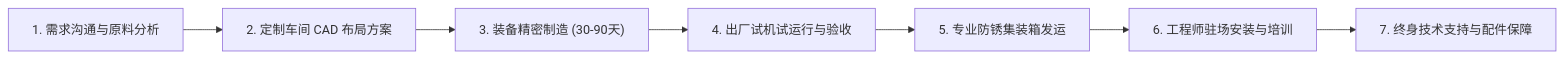
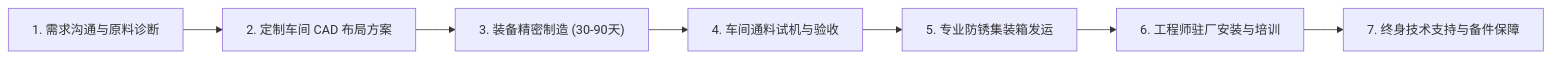
Before and after one commit to Rumtoo/rumtoo-machine: the diagram in README_zh.md, drawn with Mermaid. The commit also changed other lines of this file and 1 other file, not shown here.

````diff
--- a/README_zh.md
+++ b/README_zh.md
@@ -140,9 +199,9 @@
 ```mermaid
 flowchart LR
-    A["1. 需求沟通与原料分析"] --> B["2. 定制车间 CAD 布局方案"]
+    A["1. 需求沟通与原料诊断"] --> B["2. 定制车间 CAD 布局方案"]
     B --> C["3. 装备精密制造 (30-90天)"]
-    C --> D["4. 出厂试机试运行与验收"]
+    C --> D["4. 车间通料试机与验收"]
     D --> E["5. 专业防锈集装箱发运"]
-    E --> F["6. 工程师驻场安装与培训"]
-    F --> G["7. 终身技术支持与配件保障"]
+    E --> F["6. 工程师驻厂安装与培训"]
+    F --> G["7. 终身技术支持与备件保障"]
 ```
````
